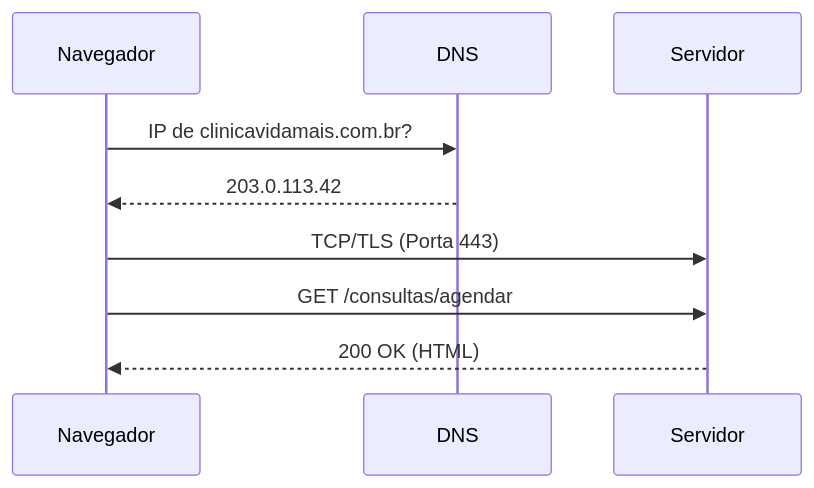
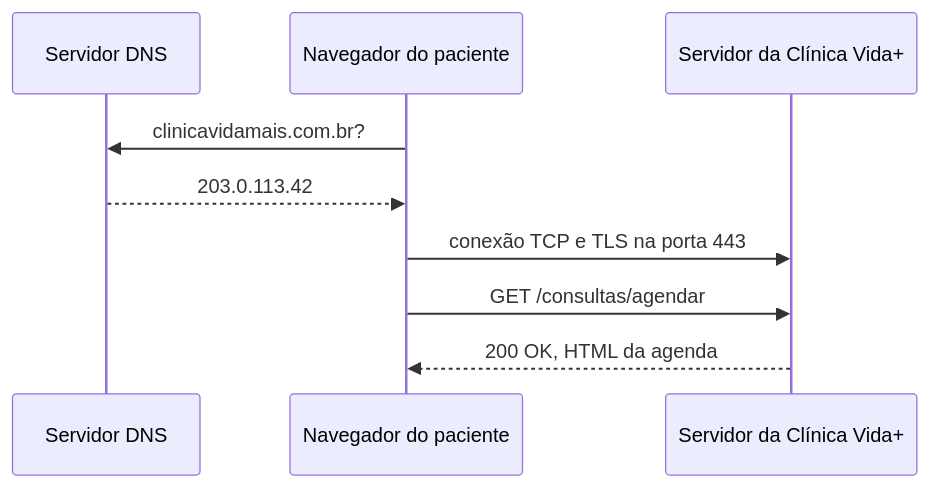
One commit to Kalleu-10/uninove-2026-2-clinica-vida changed the diagram in docs/arquitetura.md. Above: the diagram before and after it, drawn with Mermaid.

````diff
--- a/docs/arquitetura.md
+++ b/docs/arquitetura.md
@@ -2,13 +2,11 @@
 ```mermaid
-
 sequenceDiagram
-participant N as Navegador
-participant D as DNS
-participant S as Servidor
-N->>D: IP de clinicavidamais.com.br?
-D-->>N: 203.0.113.42
-N->>S: TCP/TLS (Porta 443)
-N->>S: GET /consultas/agendar
-S-->>N: 200 OK (HTML)
-
+    participant D as Servidor DNS
+    participant N as Navegador do paciente
+    participant S as Servidor da Clínica Vida+
+    N->>D: clinicavidamais.com.br?
+    D-->>N: 203.0.113.42
+    N->>S: conexão TCP e TLS na porta 443
+    N->>S: GET /consultas/agendar
+    S-->>N: 200 OK, HTML da agenda
 ```
````
